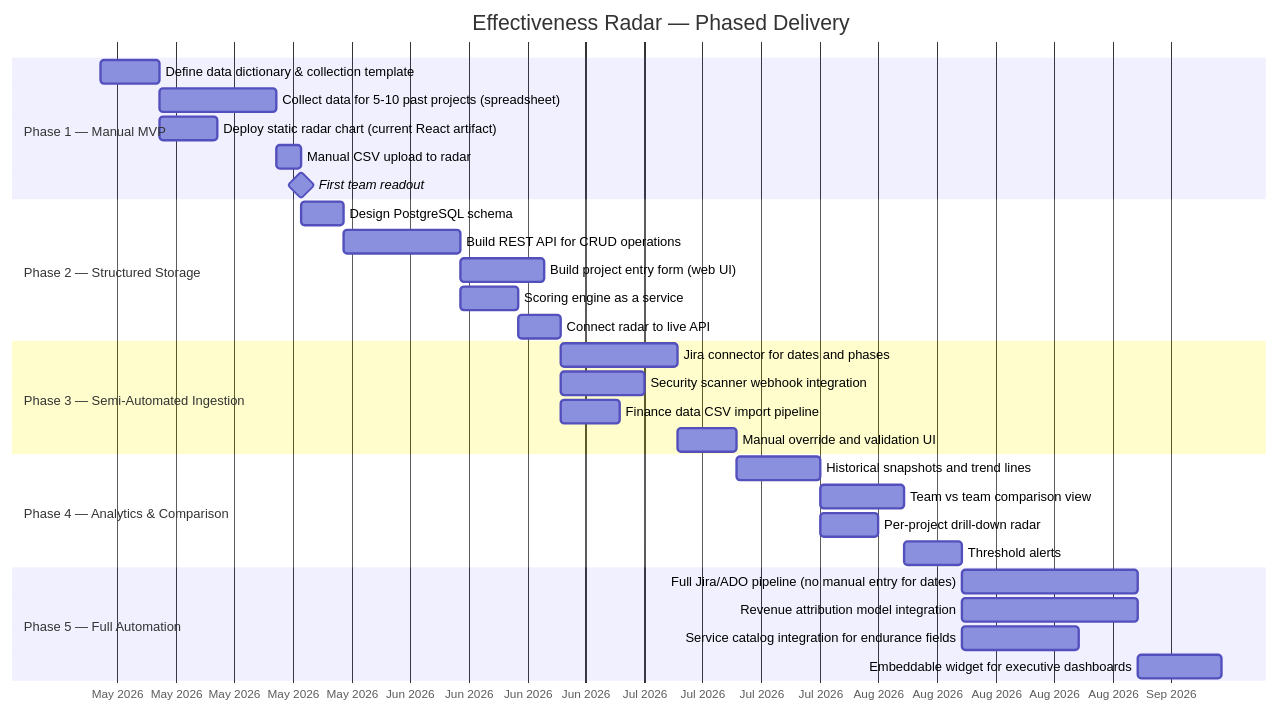
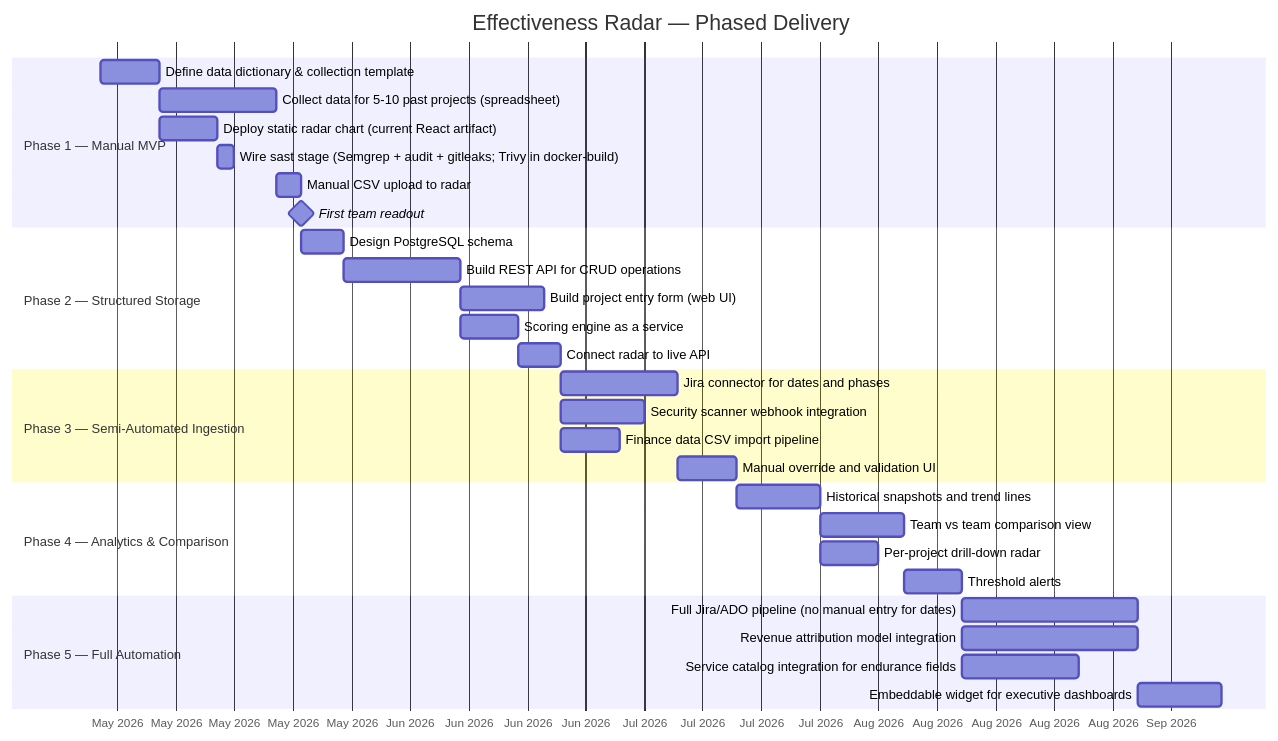
One commit to amrambouskila/engineering-effectiveness changed the ninth of 13 diagrams in ENGINEERING_EFFECTIVENESS_MASTER_PLAN.md. Above: the diagram before and after it, drawn with Mermaid. The commit also changed other lines of this file and 17 other files, not shown here.

````diff
--- a/ENGINEERING_EFFECTIVENESS_MASTER_PLAN.md
+++ b/ENGINEERING_EFFECTIVENESS_MASTER_PLAN.md
@@ -536,38 +579,39 @@
 ```mermaid
 gantt
     title Effectiveness Radar — Phased Delivery
     dateFormat YYYY-MM-DD
     axisFormat %b %Y
 
     section Phase 1 — Manual MVP
     Define data dictionary & collection template   :p1a, 2026-05-01, 7d
     Collect data for 5-10 past projects (spreadsheet) :p1b, after p1a, 14d
     Deploy static radar chart (current React artifact) :p1c, after p1a, 7d
+    Wire sast stage (Semgrep + audit + gitleaks; Trivy in docker-build) :p1e, after p1c, 2d
     Manual CSV upload to radar                      :p1d, after p1b, 3d
     First team readout                              :milestone, after p1d, 0d
 
     section Phase 2 — Structured Storage
     Design PostgreSQL schema                        :p2a, after p1d, 5d
     Build REST API for CRUD operations              :p2b, after p2a, 14d
     Build project entry form (web UI)               :p2c, after p2b, 10d
     Scoring engine as a service                     :p2d, after p2b, 7d
     Connect radar to live API                       :p2e, after p2d, 5d
 
     section Phase 3 — Semi-Automated Ingestion
     Jira connector for dates and phases             :p3a, after p2e, 14d
     Security scanner webhook integration            :p3b, after p2e, 10d
     Finance data CSV import pipeline                :p3c, after p2e, 7d
     Manual override and validation UI               :p3d, after p3a, 7d
 
     section Phase 4 — Analytics & Comparison
     Historical snapshots and trend lines            :p4a, after p3d, 10d
     Team vs team comparison view                    :p4b, after p4a, 10d
     Per-project drill-down radar                    :p4c, after p4a, 7d
     Threshold alerts                                :p4d, after p4b, 7d
 
     section Phase 5 — Full Automation
     Full Jira/ADO pipeline (no manual entry for dates) :p5a, after p4d, 21d
     Revenue attribution model integration           :p5b, after p4d, 21d
     Service catalog integration for endurance fields :p5c, after p4d, 14d
     Embeddable widget for executive dashboards       :p5d, after p5a, 10d
 ```
````
